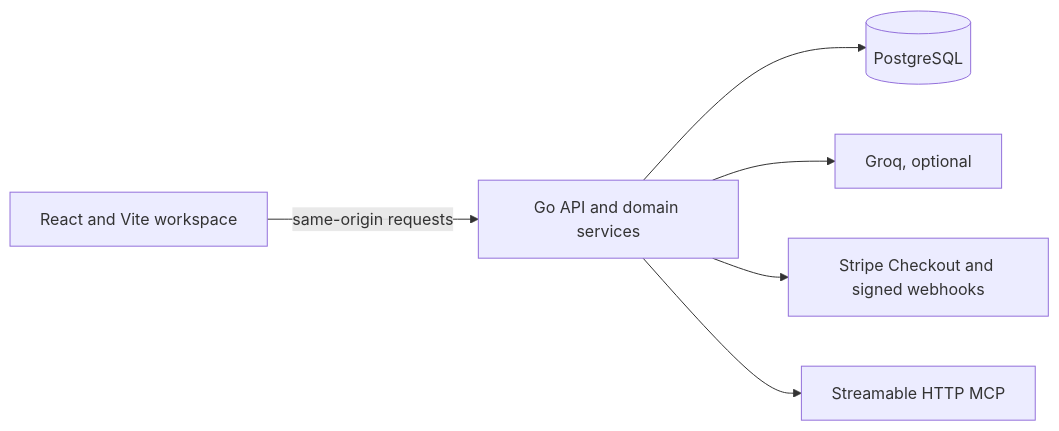
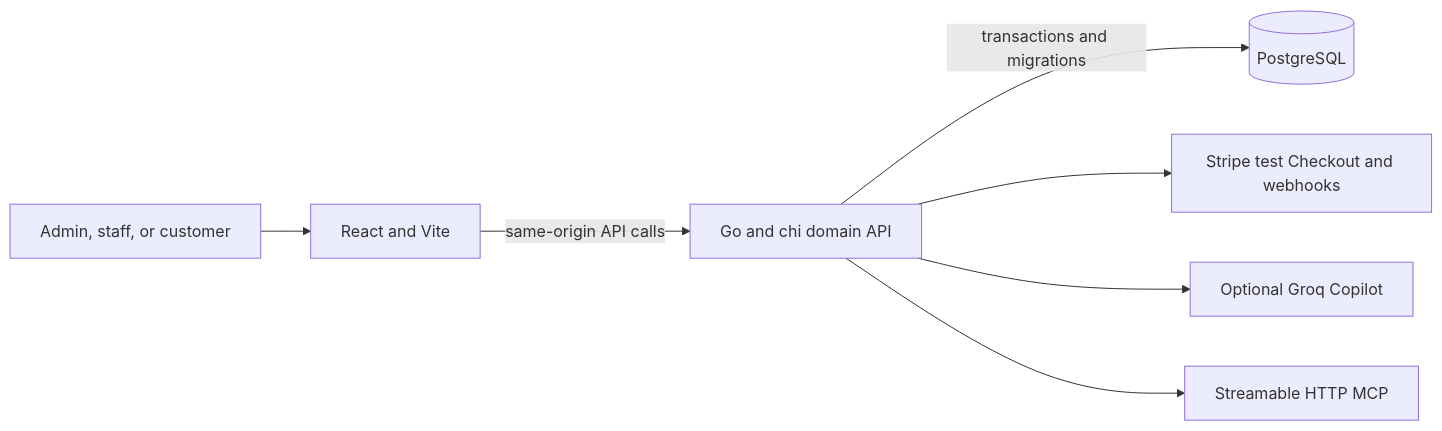
One commit to ChristopherJoshy/Orca changed the diagram in readme.md. Above: the diagram before and after it, drawn with Mermaid. The commit also changed other lines of this file and 6 other files, not shown here.

````diff
--- a/readme.md
+++ b/readme.md
@@ -88,8 +93,9 @@
 ```mermaid
 flowchart LR
-  Browser[React and Vite workspace] -->|same-origin requests| API[Go API and domain services]
-  API --> DB[(PostgreSQL)]
-  API --> Groq[Groq, optional]
-  API --> Stripe[Stripe Checkout and signed webhooks]
+  User[Admin, staff, or customer] --> Web[React and Vite]
+  Web -->|same-origin API calls| API[Go and chi domain API]
+  API -->|transactions and migrations| DB[(PostgreSQL)]
+  API --> Stripe[Stripe test Checkout and webhooks]
+  API --> Groq[Optional Groq Copilot]
   API --> MCP[Streamable HTTP MCP]
 ```
````
